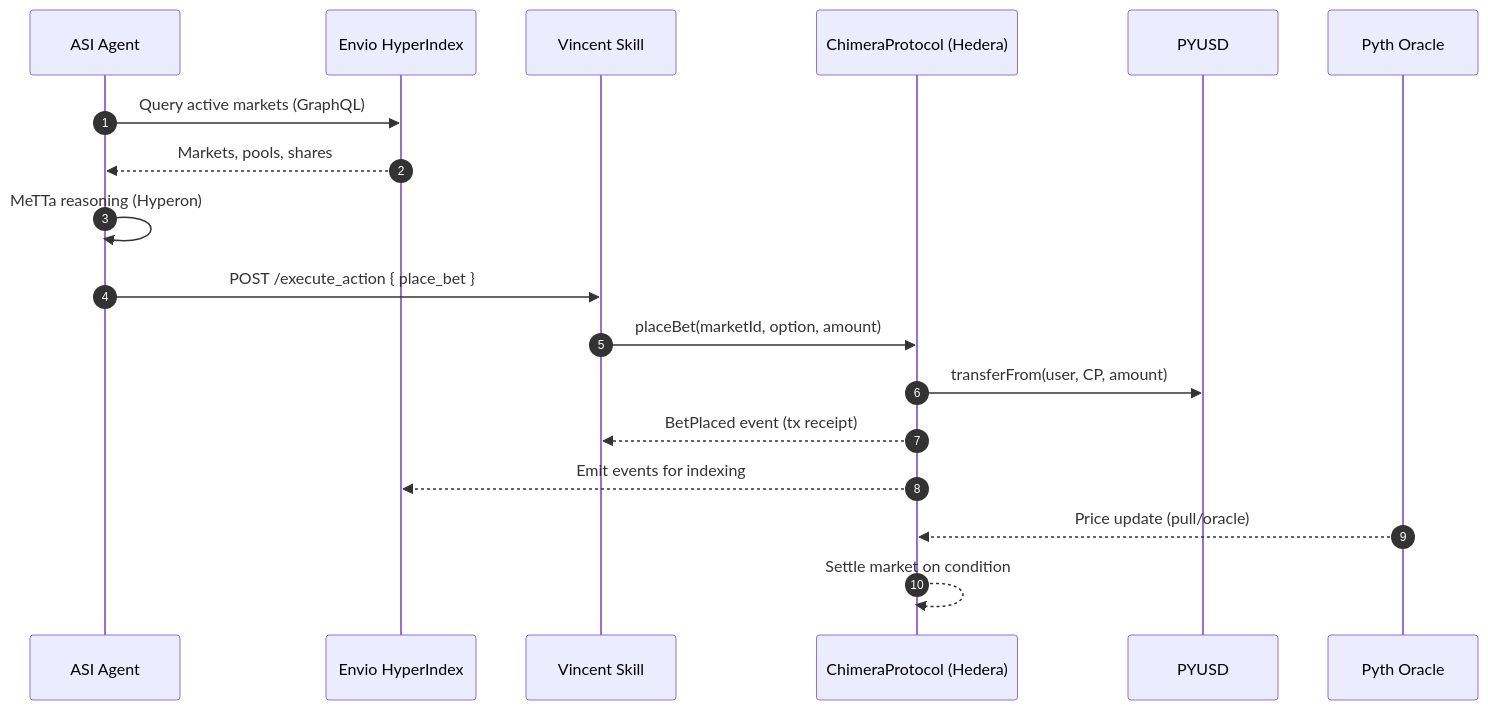
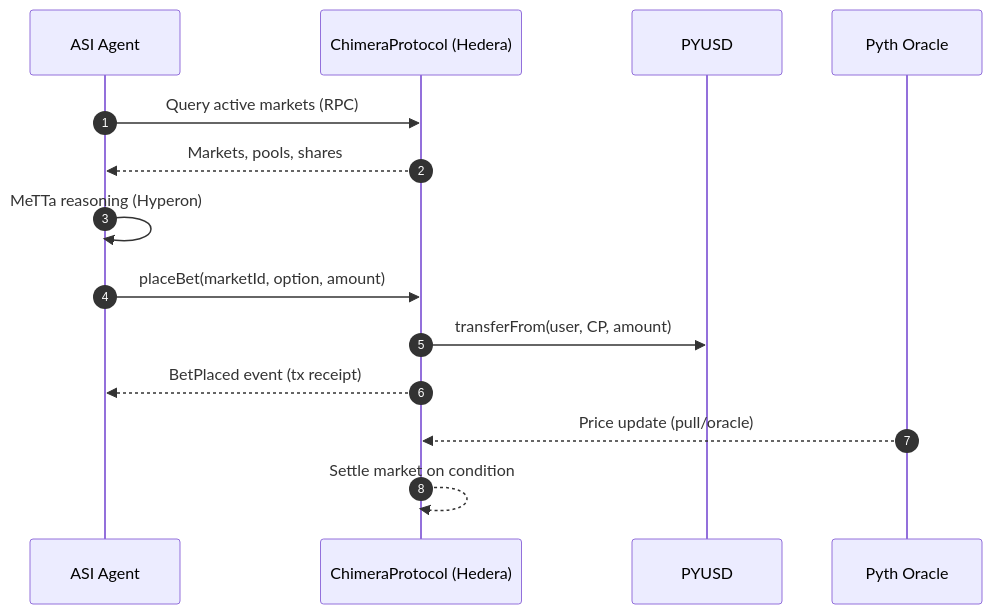
Before and after one commit to enliven17/chimera-protocol: the second of 2 diagrams in diagrams.md, drawn with Mermaid. The commit also changed other lines of this file and 131 other files, not shown here.

````diff
--- a/diagrams.md
+++ b/diagrams.md
@@ -48,21 +42,18 @@
 ```mermaid
 sequenceDiagram
   autonumber
   participant AG as ASI Agent
-  participant HI as Envio HyperIndex
-  participant LIT as Vincent Skill
+
   participant CP as ChimeraProtocol (Hedera)
   participant PY as PYUSD
   participant PO as Pyth Oracle
 
-  AG->>HI: Query active markets (GraphQL)
-  HI-->>AG: Markets, pools, shares
+  AG->>CP: Query active markets (RPC)
+  CP-->>AG: Markets, pools, shares
   AG->>AG: MeTTa reasoning (Hyperon)
-  AG->>LIT: POST /execute_action { place_bet }
-  LIT->>CP: placeBet(marketId, option, amount)
+  AG->>CP: placeBet(marketId, option, amount)
   CP->>PY: transferFrom(user, CP, amount)
-  CP-->>LIT: BetPlaced event (tx receipt)
-  CP-->>HI: Emit events for indexing
+  CP-->>AG: BetPlaced event (tx receipt)
   PO-->>CP: Price update (pull/oracle)
   CP-->>CP: Settle market on condition
 ```
````
